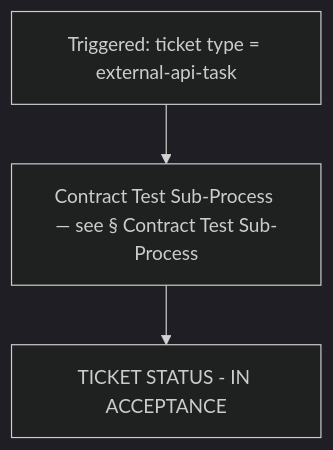
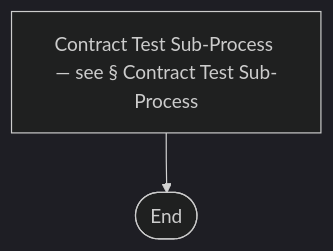
The eighth of 9 diagrams in docs/atdd/process/diagram-process.md (optivem/starter), drawn with Mermaid (dark theme) before and after one commit. The commit also changed other lines of this file and 2 other files, not shown here.

````diff
--- a/docs/atdd/process/diagram-process.md
+++ b/docs/atdd/process/diagram-process.md
@@ -267,9 +250,7 @@
 ```mermaid
 flowchart TD
-    ENTRY[Triggered: ticket type = external-api-task]
-    CT_SUB[Contract Test Sub-Process — see § Contract Test Sub-Process]
-    INACC[TICKET STATUS - IN ACCEPTANCE]
+    EXTAPI_CT[Contract Test Sub-Process — see § Contract Test Sub-Process]
+    EXTAPI_END([End])
 
-    ENTRY --> CT_SUB
-    CT_SUB --> INACC
+    EXTAPI_CT --> EXTAPI_END
 ```
````
